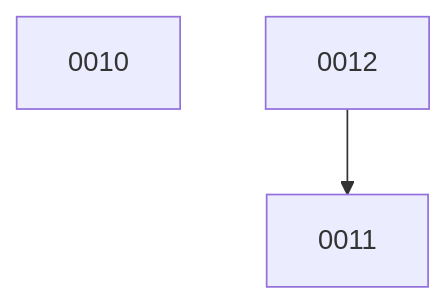
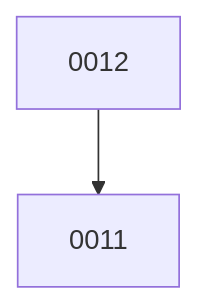
One commit to ethanhinson/fuse changed the diagram in docs/changes/BOARD.md. Above: the diagram before and after it, drawn with Mermaid. The commit also changed other lines of this file, not shown here.

````diff
--- a/docs/changes/BOARD.md
+++ b/docs/changes/BOARD.md
@@ -12,5 +11,4 @@
 ```mermaid
 graph TD
-  0010
   0012 --> 0011
 ```
````
